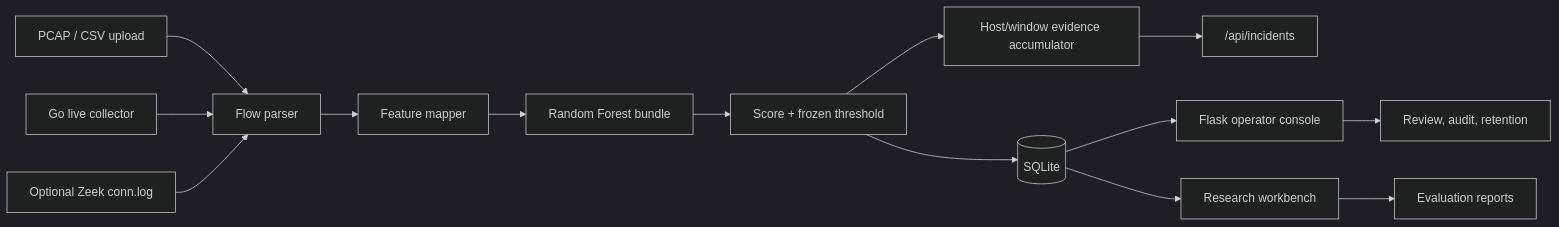
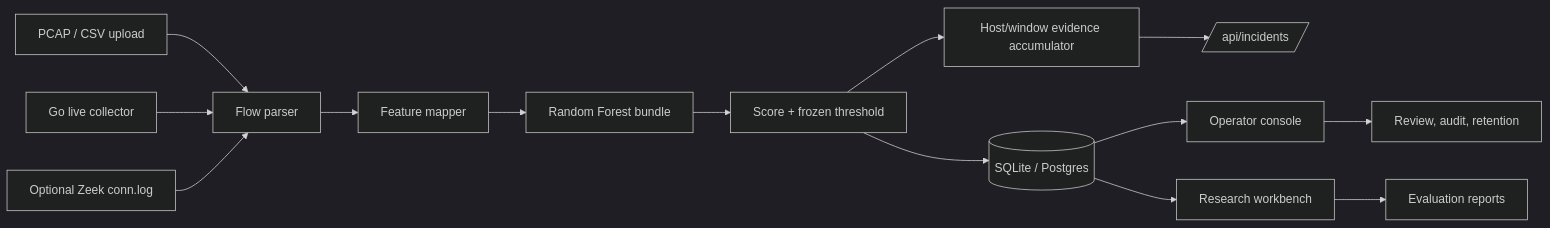
The diagram in README.md (coderv1304/network-anomaly-detection), drawn with Mermaid (dark theme) before and after one commit. The commit also changed other lines of this file and 20 other files, not shown here.

First line of the commit message:
feat(demo): add a one-click 500-flow sample built from the held-out CIC-IDS-2017 split

````diff
--- a/README.md
+++ b/README.md
@@ -88,16 +39,16 @@
 ```mermaid
 flowchart LR
     A[PCAP / CSV upload] --> B[Flow parser]
     L[Go live collector] --> B
     Z[Optional Zeek conn.log] --> B
     B --> C[Feature mapper]
     C --> D[Random Forest bundle]
     D --> E[Score + frozen threshold]
-    E --> F[(SQLite)]
+    E --> F[(SQLite / Postgres)]
     E --> G[Host/window evidence accumulator]
-    G --> H["/api/incidents"]
-    F --> I[Flask operator console]
+    G --> H[/api/incidents/]
+    F --> I[Operator console]
     F --> J[Research workbench]
     I --> K[Review, audit, retention]
     J --> M[Evaluation reports]
 ```
````
